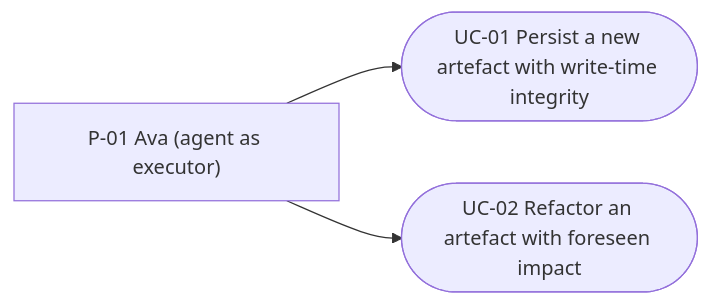
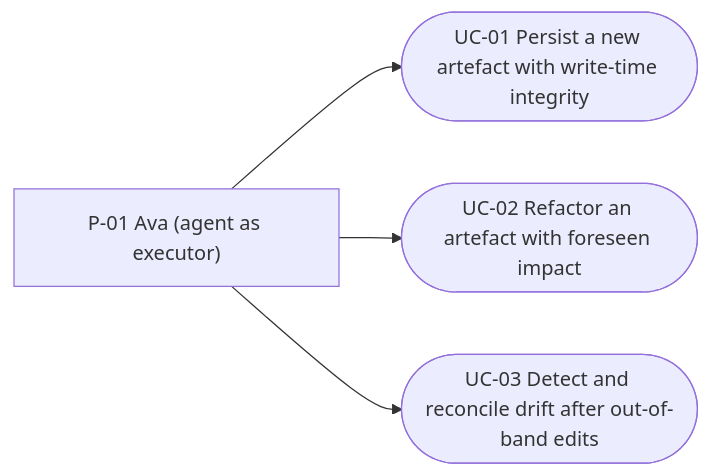
Before and after one commit to VictorHueni/clew: the diagram in docs/product-specs/use-cases/index.md, drawn with Mermaid. The commit also changed other lines of this file and 1 other file, not shown here.

First line of the commit message:
docs(use-cases): UC-03 detect and reconcile drift after out-of-band edits

````diff
--- a/docs/product-specs/use-cases/index.md
+++ b/docs/product-specs/use-cases/index.md
@@ -35,8 +41,10 @@
 ```mermaid
 flowchart LR
   ava["P-01 Ava (agent as executor)"]
   uc1(["UC-01 Persist a new artefact with write-time integrity"])
   uc2(["UC-02 Refactor an artefact with foreseen impact"])
+  uc3(["UC-03 Detect and reconcile drift after out-of-band edits"])
   ava --> uc1
   ava --> uc2
+  ava --> uc3
 ```
````
